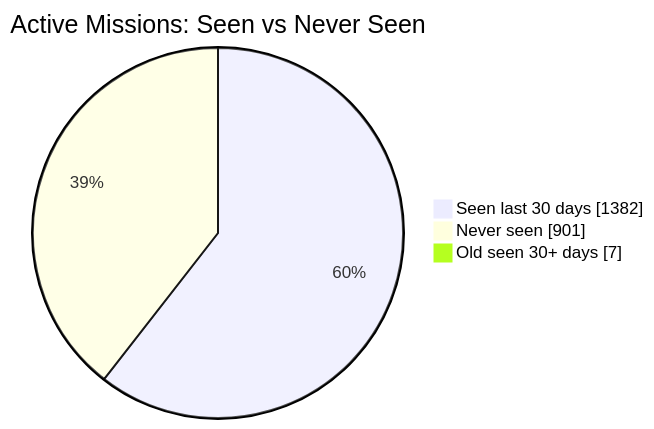
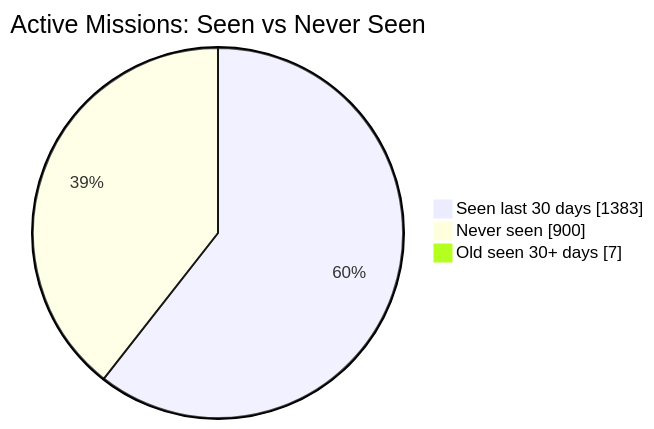
The first of 2 diagrams in README.md (MeldkamerspelGameTeam/active-missions), drawn with Mermaid before and after one commit. The commit also changed other lines of this file and 2 other files, not shown here.

````diff
--- a/README.md
+++ b/README.md
@@ -34,7 +34,7 @@
 ```mermaid
 pie showData
     title Active Missions: Seen vs Never Seen
-    "Seen last 30 days" : 1382
-    "Never seen" : 901
+    "Seen last 30 days" : 1383
+    "Never seen" : 900
     "Old seen 30+ days" : 7
 ```
````
